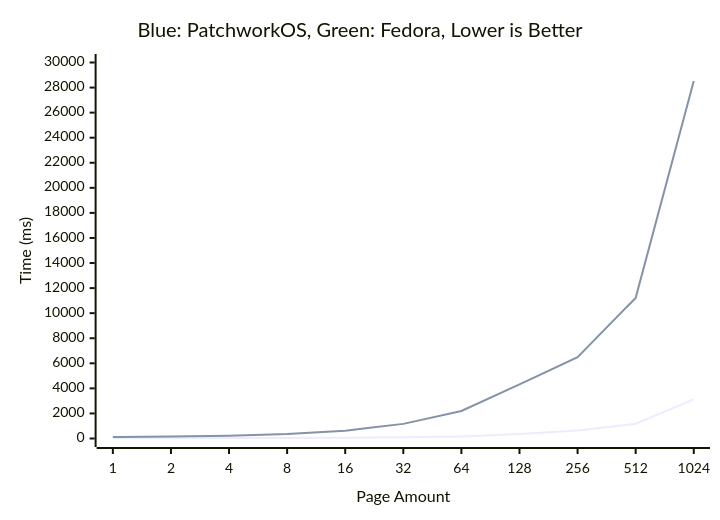
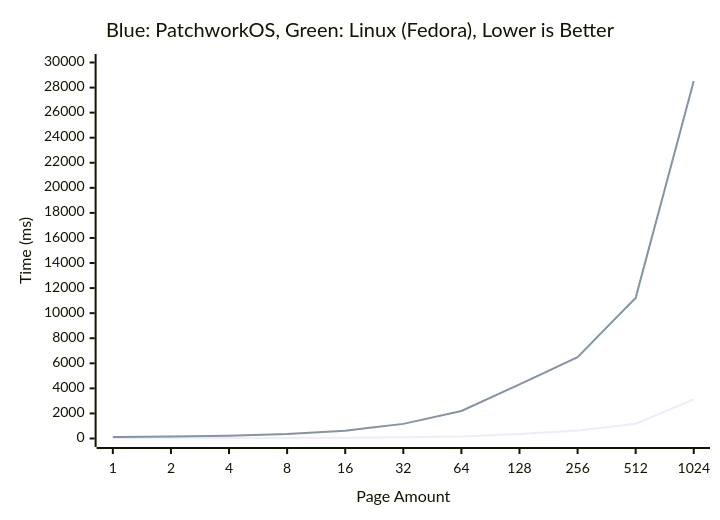
The diagram in README.md (KaiNorberg/PatchworkOS), drawn with Mermaid before and after one commit.

Commit message:
chore(readme): clarify memory benchmark title

````diff
--- a/README.md
+++ b/README.md
@@ -92,8 +92,8 @@
 ```mermaid
 xychart-beta
-title "Blue: PatchworkOS, Green: Fedora, Lower is Better"
+title "Blue: PatchworkOS, Green: Linux (Fedora), Lower is Better"
 x-axis "Page Amount" [1, 2, 4, 8, 16, 32, 64, 128, 256, 512, 1024]
 y-axis "Time (ms)" 0 --> 30000
 line [48, 48, 48, 48, 68, 97, 164, 365, 632, 1176, 3125]
 line [118, 150, 216, 358, 627, 1167, 2193, 4313, 6487, 11221, 28519]
 ```
````
